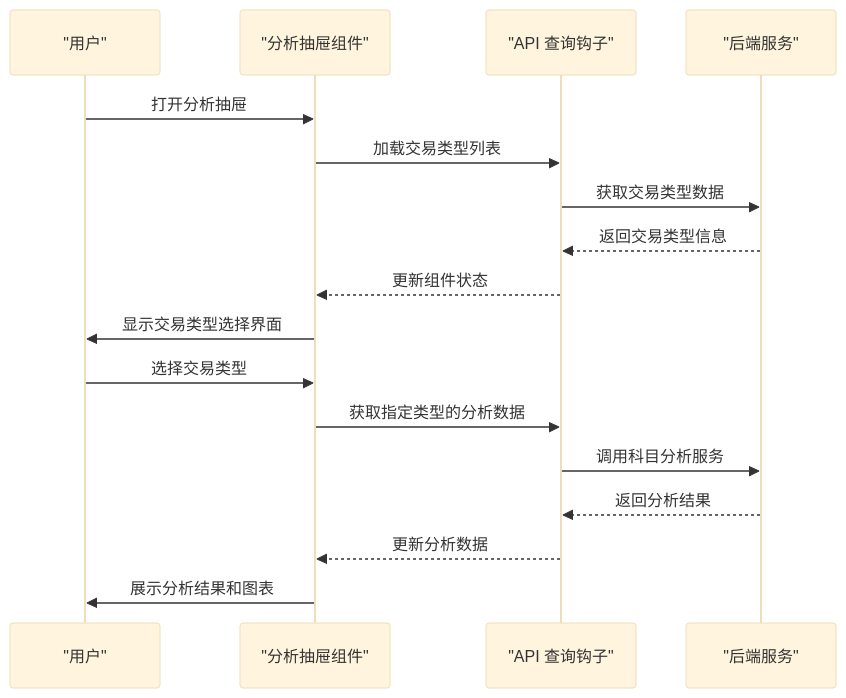
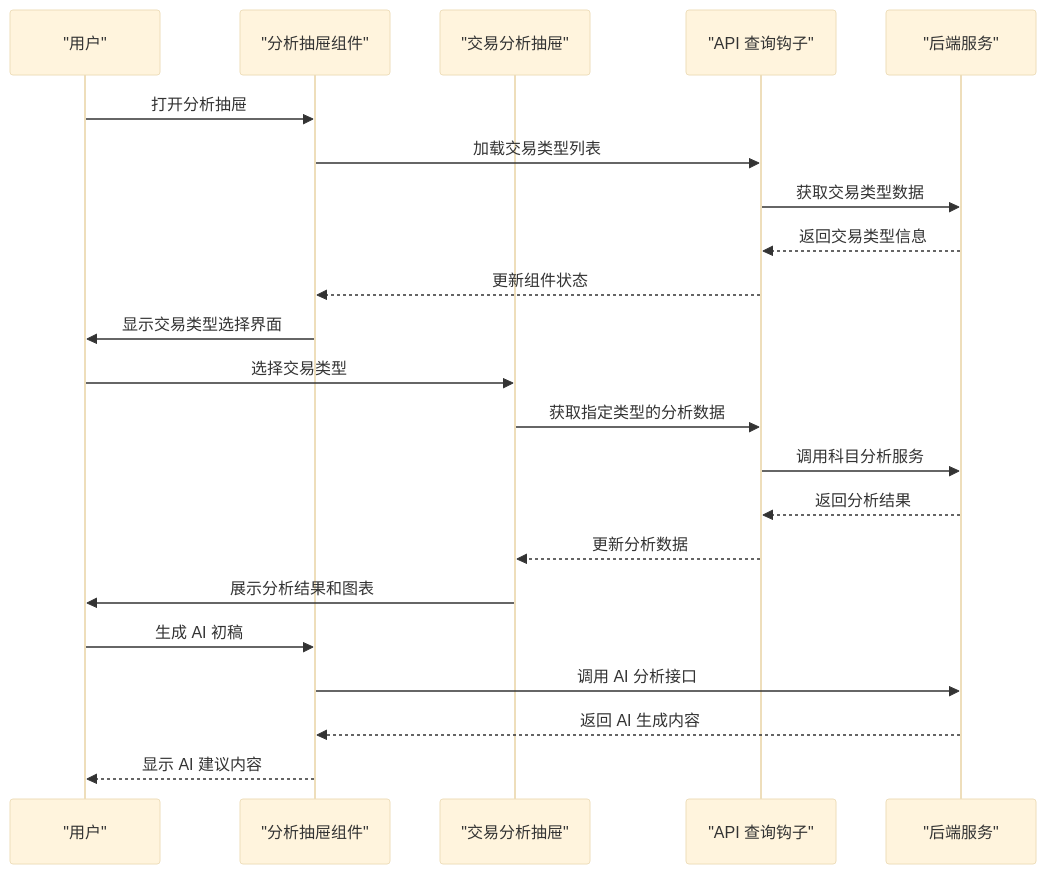
The sixth of 10 diagrams in .qoder/repowiki/zh/content/核心模块/交易分析模块.md (Damao997/newproject), drawn with Mermaid (base theme) before and after one commit. The commit also changed other lines of this file and 22 other files, not shown here.

````diff
--- a/.qoder/repowiki/zh/content/核心模块/交易分析模块.md
+++ b/.qoder/repowiki/zh/content/核心模块/交易分析模块.md
@@ -329,19 +361,24 @@
 ```mermaid
 sequenceDiagram
 participant User as "用户"
 participant Drawer as "分析抽屉组件"
+participant TxnDrawer as "交易分析抽屉"
 participant API as "API 查询钩子"
 participant Backend as "后端服务"
 User->>Drawer : 打开分析抽屉
 Drawer->>API : 加载交易类型列表
 API->>Backend : 获取交易类型数据
 Backend-->>API : 返回交易类型信息
 API-->>Drawer : 更新组件状态
 Drawer->>User : 显示交易类型选择界面
-User->>Drawer : 选择交易类型
-Drawer->>API : 获取指定类型的分析数据
+User->>TxnDrawer : 选择交易类型
+TxnDrawer->>API : 获取指定类型的分析数据
 API->>Backend : 调用科目分析服务
 Backend-->>API : 返回分析结果
-API-->>Drawer : 更新分析数据
-Drawer->>User : 展示分析结果和图表
+API-->>TxnDrawer : 更新分析数据
+TxnDrawer->>User : 展示分析结果和图表
+User->>Drawer : 生成 AI 初稿
+Drawer->>Backend : 调用 AI 分析接口
+Backend-->>Drawer : 返回 AI 生成内容
+Drawer-->>User : 显示 AI 建议内容
 ```
````
